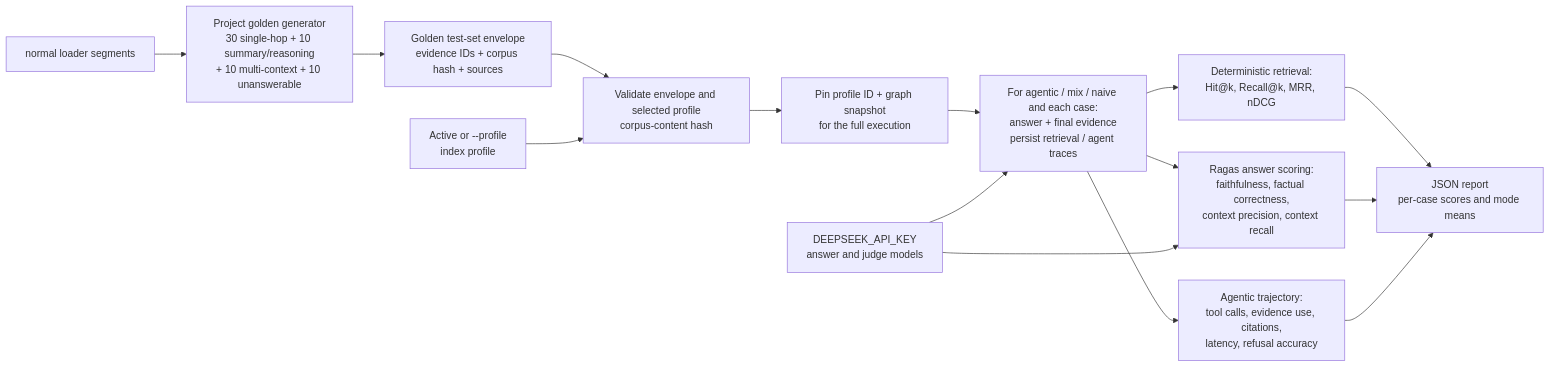
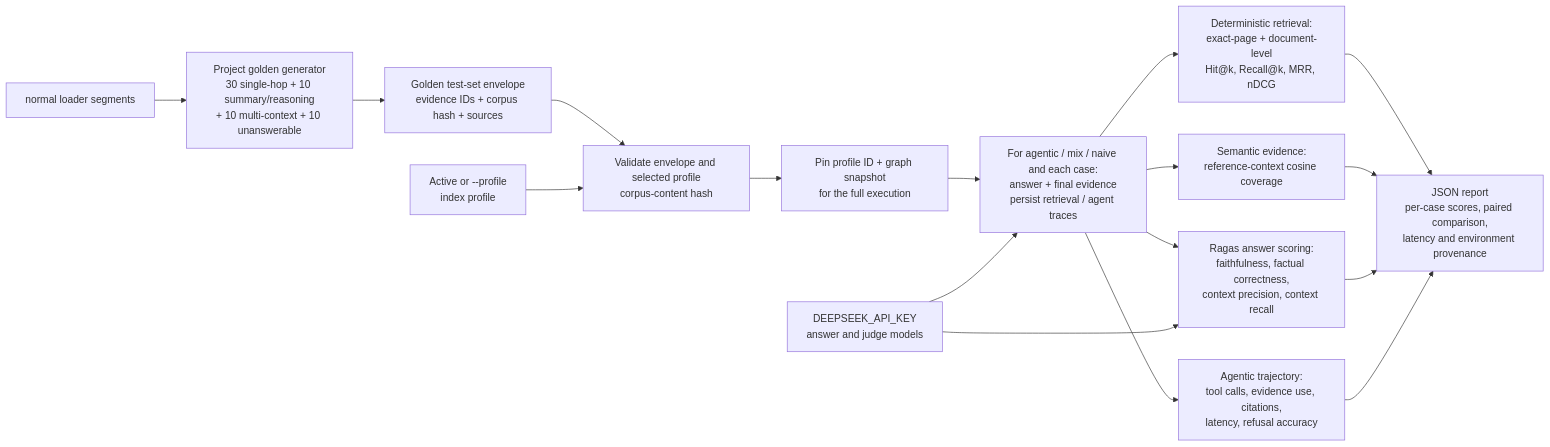
The fourth of 4 diagrams in docs/architecture.md (asdukw/agentic-rag), drawn with Mermaid before and after one commit. The commit also changed other lines of this file and 6 other files, not shown here.

````diff
--- a/docs/architecture.md
+++ b/docs/architecture.md
@@ -236,17 +239,19 @@
 ```mermaid
 flowchart LR
     C["normal loader segments"] --> G["Project golden generator\n30 single-hop + 10 summary/reasoning\n+ 10 multi-context + 10 unanswerable"]
     G --> T["Golden test-set envelope\nevidence IDs + corpus hash + sources"]
     T --> V["Validate envelope and selected profile\ncorpus-content hash"]
     P["Active or --profile\nindex profile"] --> V
     V --> Pin["Pin profile ID + graph snapshot\nfor the full execution"]
     Pin --> Ask["For agentic / mix / naive and each case:\nanswer + final evidence\npersist retrieval / agent traces"]
-    Ask --> IR["Deterministic retrieval:\nHit@k, Recall@k, MRR, nDCG"]
+    Ask --> IR["Deterministic retrieval:\nexact-page + document-level\nHit@k, Recall@k, MRR, nDCG"]
+    Ask --> Semantic["Semantic evidence:\nreference-context cosine coverage"]
     Ask --> Score["Ragas answer scoring:\nfaithfulness, factual correctness,\ncontext precision, context recall"]
     Ask --> Agent["Agentic trajectory:\ntool calls, evidence use, citations,\nlatency, refusal accuracy"]
     Key["DEEPSEEK_API_KEY\nanswer and judge models"] --> Ask
     Key --> Score
-    IR --> R["JSON report\nper-case scores and mode means"]
+    IR --> R["JSON report\nper-case scores, paired comparison,\nlatency and environment provenance"]
+    Semantic --> R
     Score --> R
     Agent --> R
 ```
````
